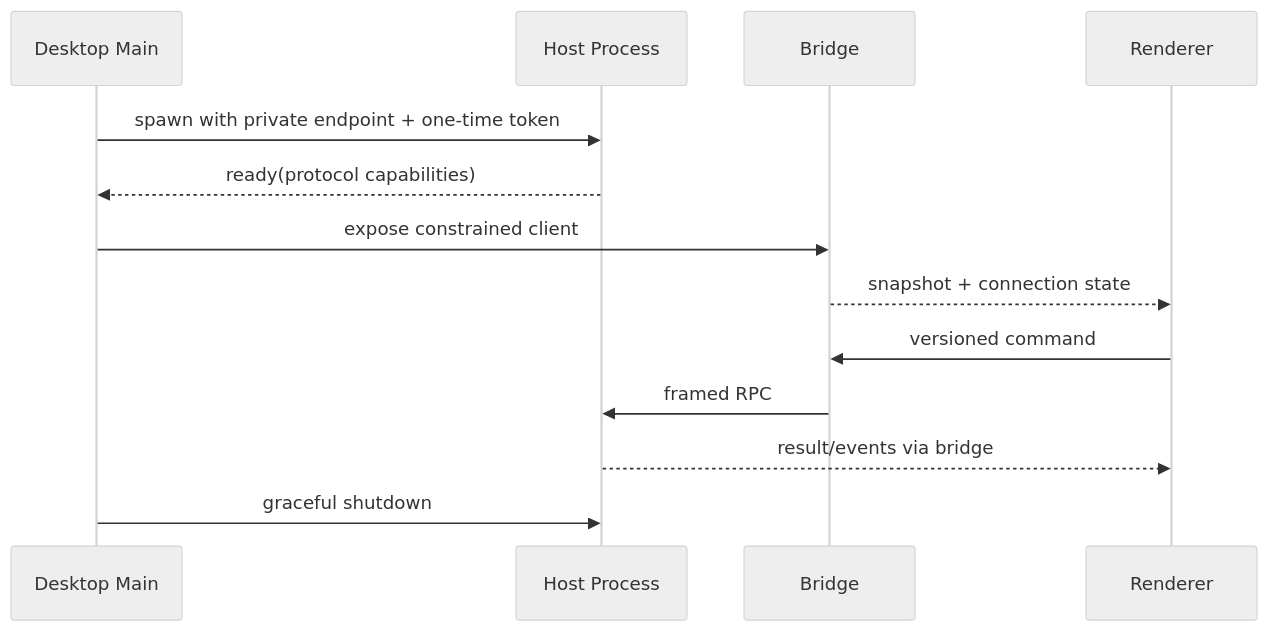
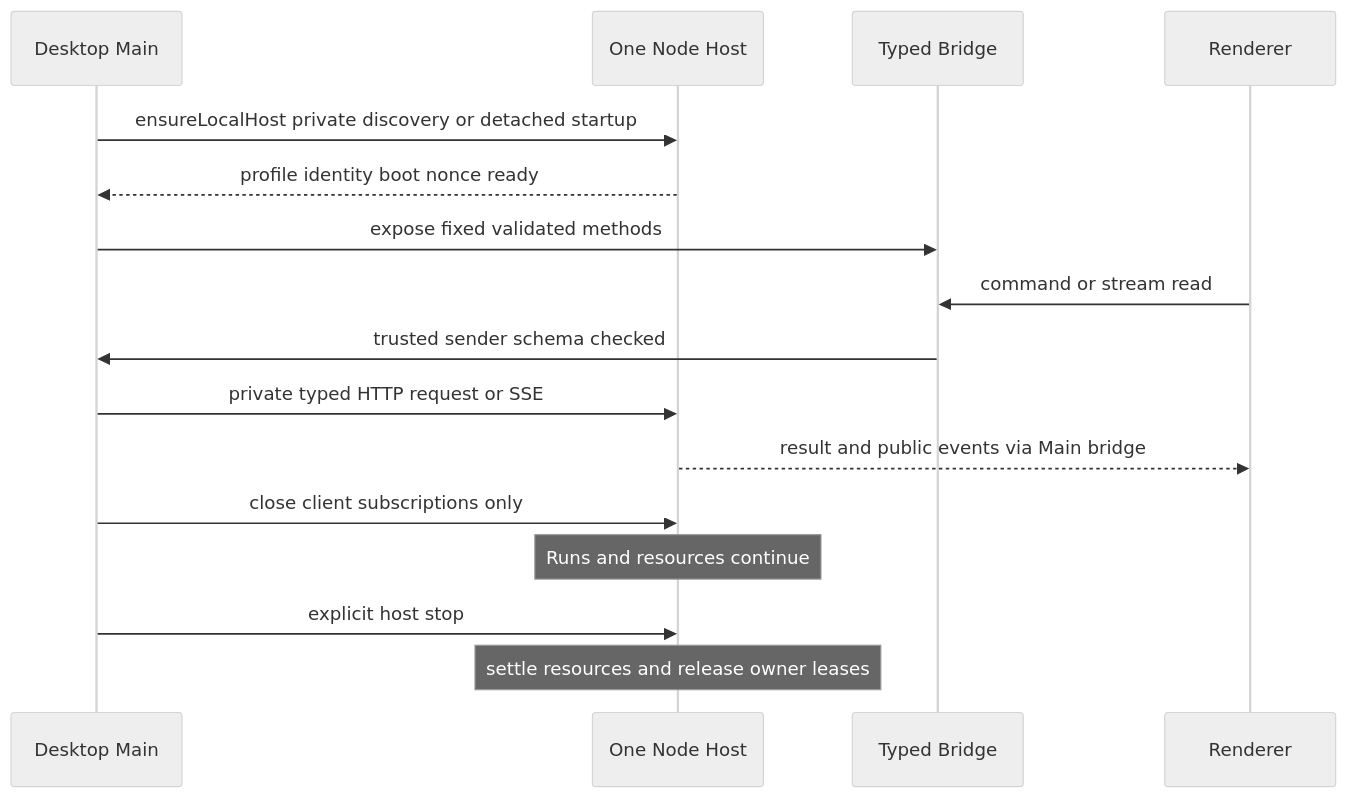
One commit to Cainheart/tracegraph-agent changed the second of 2 diagrams in docs/outlive-agent-v2/06-clients-protocols-desktop/03-desktop-process-security.md. Above: the diagram before and after it, drawn with Mermaid (neutral theme). The commit also changed other lines of this file and 2343 other files, not shown here.

````diff
--- a/docs/outlive-agent-v2/06-clients-protocols-desktop/03-desktop-process-security.md
+++ b/docs/outlive-agent-v2/06-clients-protocols-desktop/03-desktop-process-security.md
@@ -38,15 +40,18 @@
 ```mermaid
 sequenceDiagram
   participant D as Desktop Main
-  participant H as Host Process
-  participant B as Bridge
+  participant H as One Node Host
+  participant B as Typed Bridge
   participant R as Renderer
-  D->>H: spawn with private endpoint + one-time token
-  H-->>D: ready(protocol capabilities)
-  D->>B: expose constrained client
-  B-->>R: snapshot + connection state
-  R->>B: versioned command
-  B->>H: framed RPC
-  H-->>R: result/events via bridge
-  D->>H: graceful shutdown
+  D->>H: ensureLocalHost private discovery or detached startup
+  H-->>D: profile identity boot nonce ready
+  D->>B: expose fixed validated methods
+  R->>B: command or stream read
+  B->>D: trusted sender schema checked
+  D->>H: private typed HTTP request or SSE
+  H-->>R: result and public events via Main bridge
+  D->>H: close client subscriptions only
+  Note over H: Runs and resources continue
+  D->>H: explicit host stop
+  Note over H: settle resources and release owner leases
 ```
````
